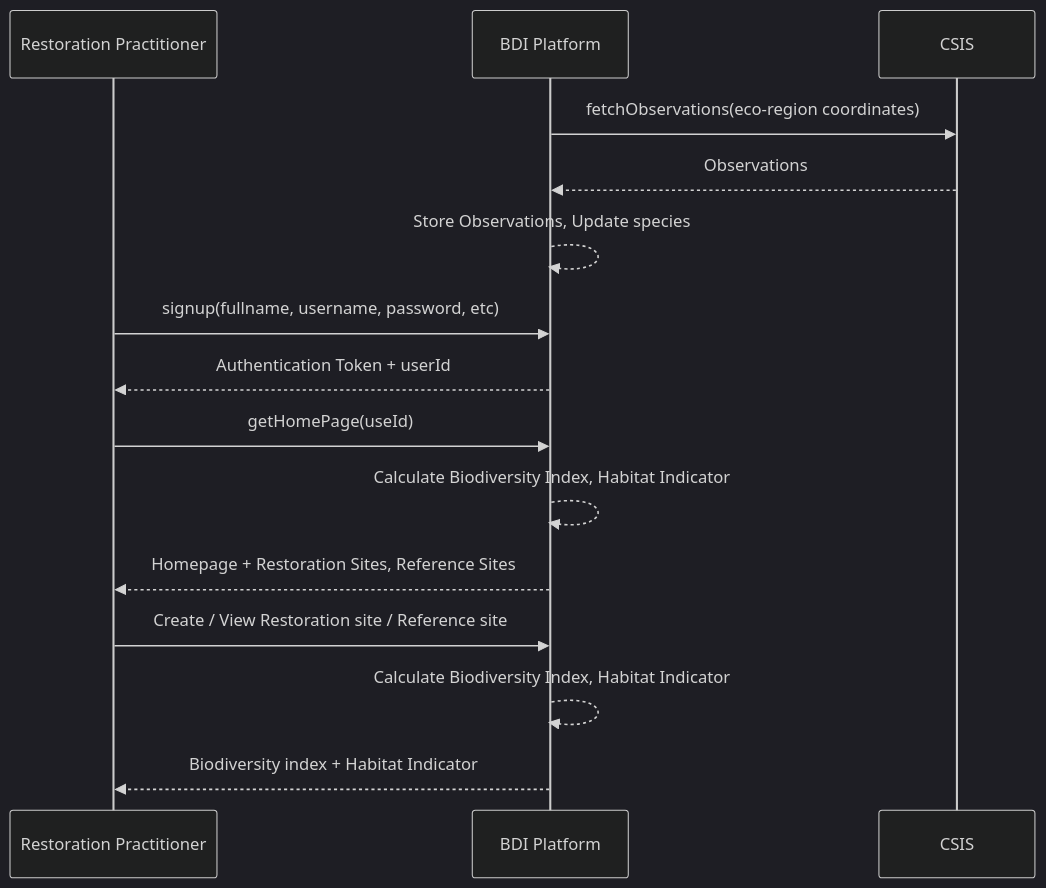
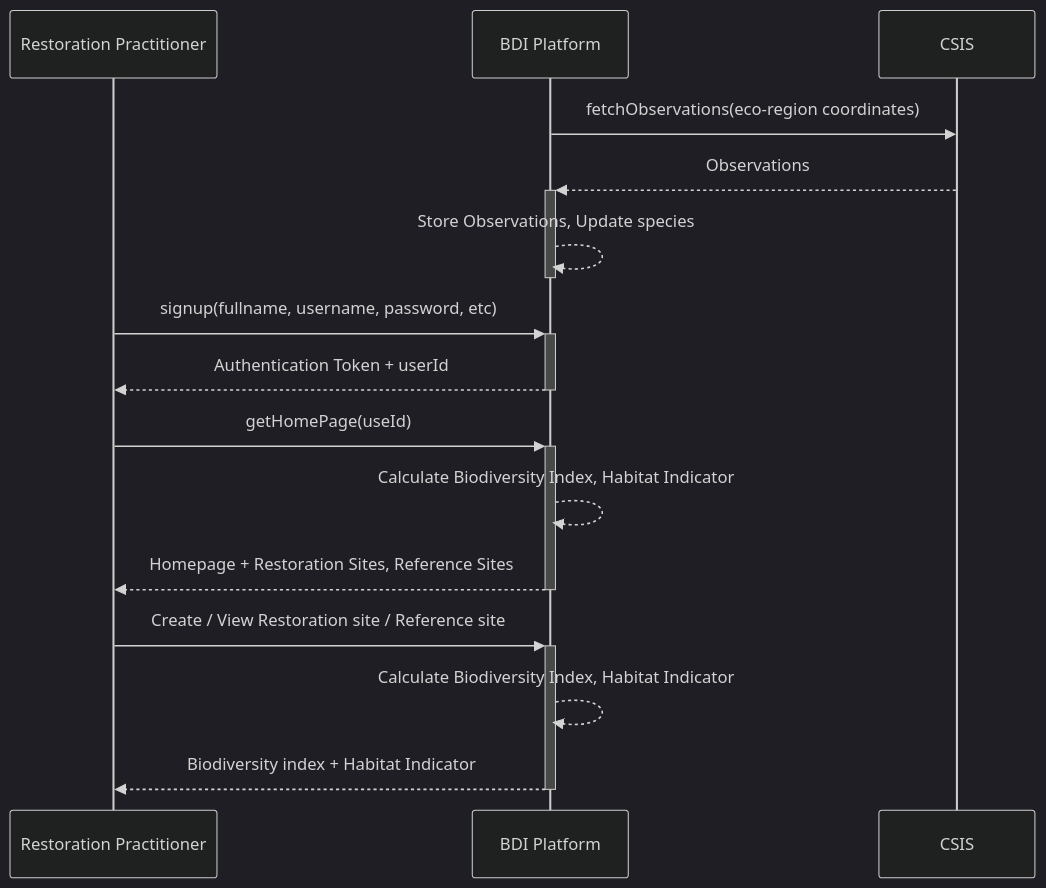
The third of 3 diagrams in README.md (maulikdave-fh/bdi), drawn with Mermaid (dark theme) before and after one commit. The commit also changed other lines of this file, not shown here.

Commit message:
add activation notations to seq. diagram

````diff
--- a/README.md
+++ b/README.md
@@ -86,17 +86,17 @@
 ```mermaid
     sequenceDiagram
         participant RP as Restoration Practitioner
         participant BDI as BDI Platform
         participant CSIS
         BDI ->> CSIS : fetchObservations(eco-region coordinates)
-        CSIS -->> BDI : Observations
-        BDI -->> BDI : Store Observations, Update species
-        RP ->> BDI : signup(fullname, username, password, etc)
-        BDI -->> RP : Authentication Token + userId
-        RP ->> BDI : getHomePage(useId)
+        CSIS -->> +BDI : Observations
+        BDI -->> -BDI : Store Observations, Update species
+        RP ->> +BDI : signup(fullname, username, password, etc)
+        BDI -->> -RP : Authentication Token + userId
+        RP ->> +BDI : getHomePage(useId)
         BDI -->> BDI : Calculate Biodiversity Index, Habitat Indicator
-        BDI -->> RP: Homepage + Restoration Sites, Reference Sites
-        RP ->> BDI : Create / View Restoration site / Reference site
+        BDI -->> -RP: Homepage + Restoration Sites, Reference Sites
+        RP ->> +BDI : Create / View Restoration site / Reference site
         BDI -->> BDI : Calculate Biodiversity Index, Habitat Indicator
-        BDI -->> RP : Biodiversity index + Habitat Indicator
+        BDI -->> -RP : Biodiversity index + Habitat Indicator
 ```
````
